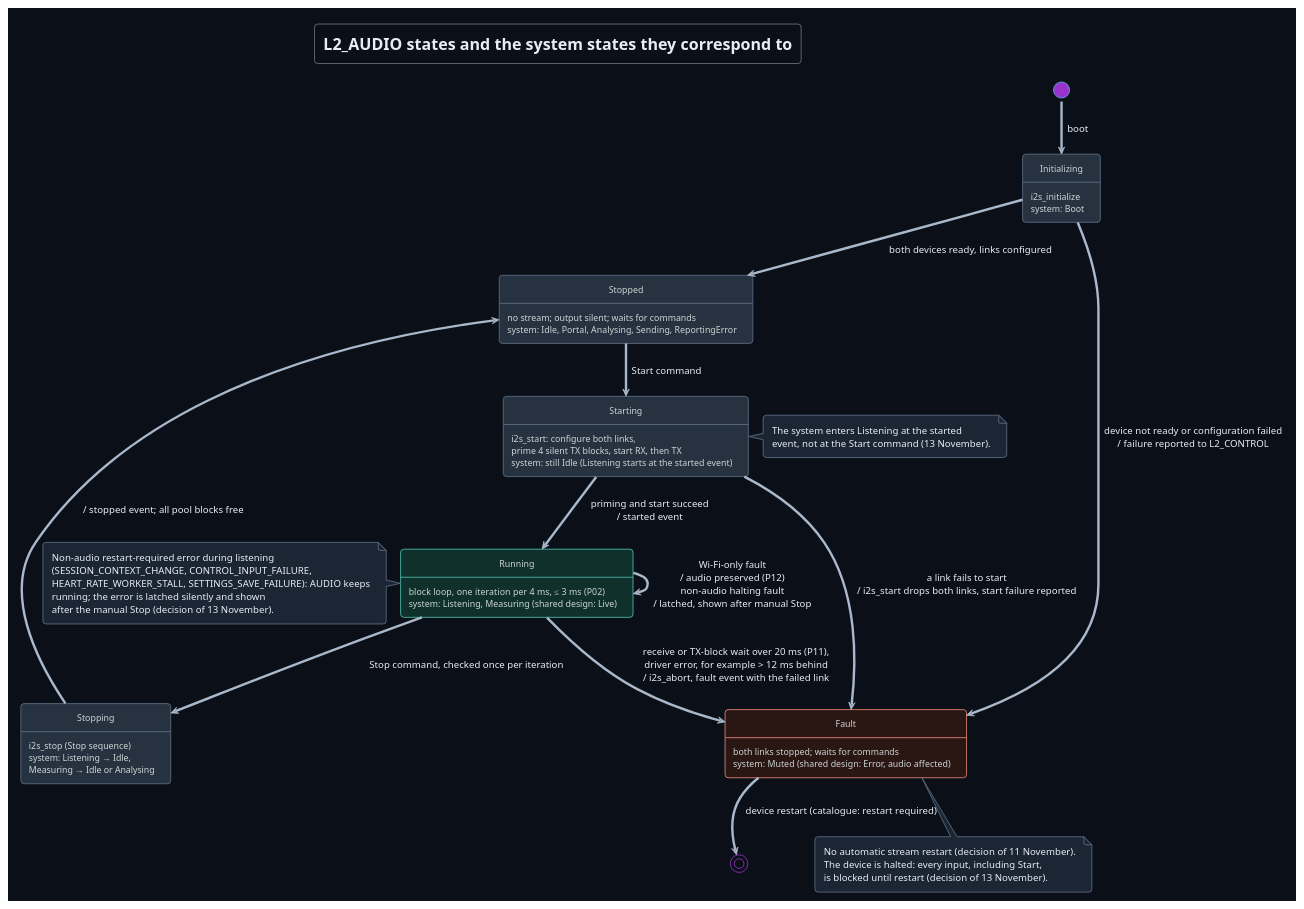
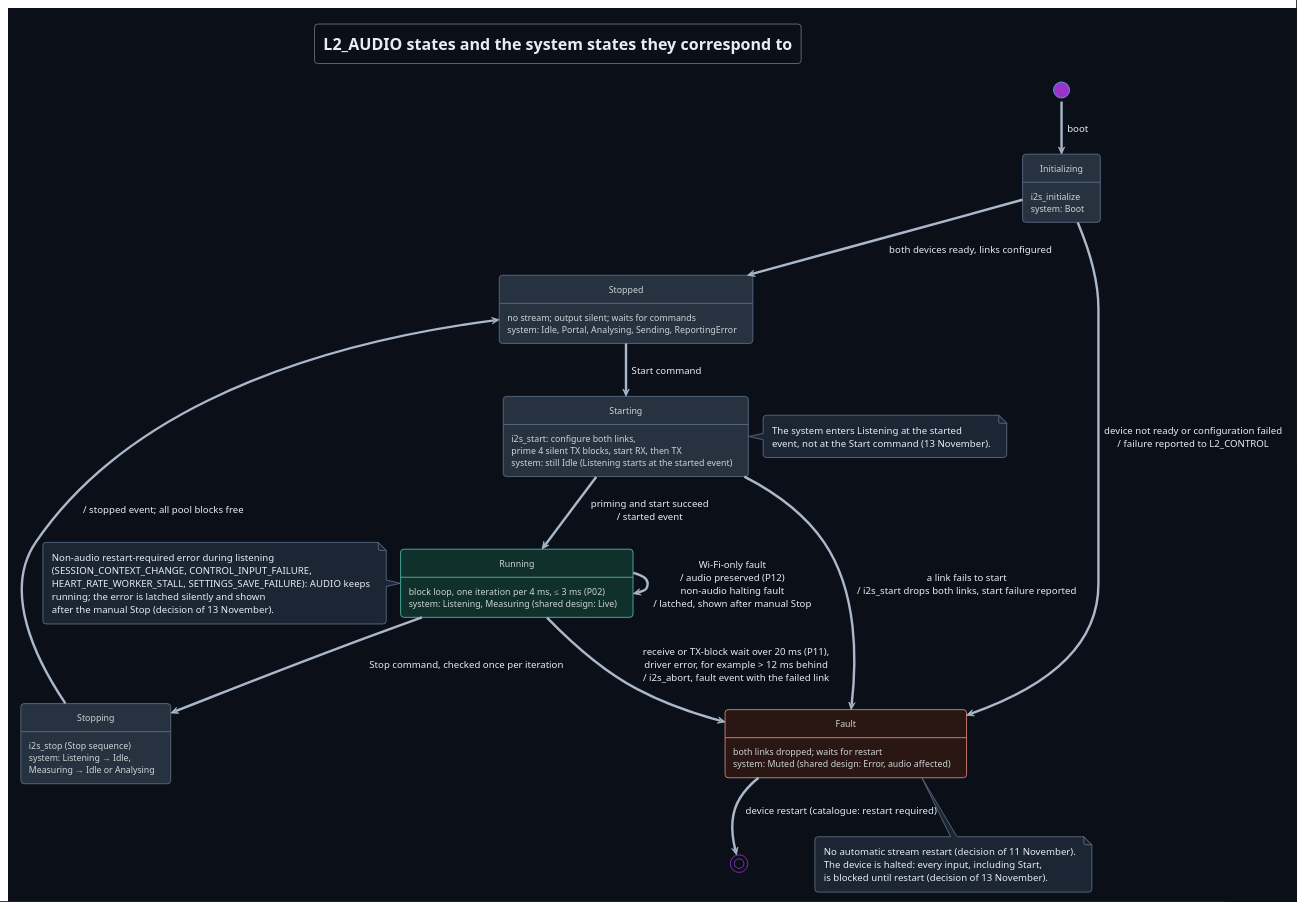
One commit to DemonicPsychoII/DigitalStethoscope changed the diagram in Development/system/design/AUDIO/audio-state.puml. Above: the diagram before and after it, drawn with PlantUML. The commit also changed 8 other files, not shown here.

First line of the commit message:
TICKET-185: documentation: align the soak budget and session view with the audio decisions and let a faulted audio thread wait for restart

```diff
--- a/Development/system/design/AUDIO/audio-state.puml
+++ b/Development/system/design/AUDIO/audio-state.puml
@@ -1,62 +1,62 @@
 @startuml audio_state
 !theme cyborg
 !pragma layout smetana
 skinparam shadowing false
 skinparam defaultFontName SansSerif
 skinparam backgroundColor #0b1018
 skinparam defaultFontColor #e6edf7
 skinparam ArrowColor #a9b8ca
 skinparam ArrowFontColor #e6edf7
 skinparam state {
  BackgroundColor #273241
  BorderColor #61738a
  FontColor #e6edf7
  AttributeFontColor #cdd5d5
  BackgroundColor<<running>> #10302b
  BorderColor<<running>> #52c7b4
  BackgroundColor<<fault>> #2a1714
  BorderColor<<fault>> #f08a7c
  BackgroundColor<<unclear>> #3a3320
  BorderColor<<unclear>> #dcbb63
 }
 skinparam note {
  BackgroundColor #1b2533
  BorderColor #61738a
  FontColor #e6edf7
 }
 title L2_AUDIO states and the system states they correspond to
 hide empty description
 state "Initializing" as Initializing : i2s_initialize\nsystem: Boot
 state "Stopped" as Stopped : no stream; output silent; waits for commands\nsystem: Idle, Portal, Analysing, Sending, ReportingError
 state "Starting" as Starting : i2s_start: configure both links,\nprime 4 silent TX blocks, start RX, then TX\nsystem: still Idle (Listening starts at the started event)
 state "Running" as Running <<running>> : block loop, one iteration per 4 ms, ≤ 3 ms (P02)\nsystem: Listening, Measuring (shared design: Live)
 state "Stopping" as Stopping : i2s_stop (Stop sequence)\nsystem: Listening → Idle,\nMeasuring → Idle or Analysing
-state "Fault" as Fault <<fault>> : both links stopped; waits for commands\nsystem: Muted (shared design: Error, audio affected)
+state "Fault" as Fault <<fault>> : both links dropped; waits for restart\nsystem: Muted (shared design: Error, audio affected)
 [*] --> Initializing : boot
 Initializing --> Stopped : both devices ready, links configured
 Initializing --> Fault : device not ready or configuration failed\n/ failure reported to L2_CONTROL
 Stopped --> Starting : Start command
 Starting --> Running : priming and start succeed\n/ started event
 Starting --> Fault : a link fails to start\n/ i2s_start drops both links, start failure reported
 Running --> Stopping : Stop command, checked once per iteration
 Stopping --> Stopped : / stopped event; all pool blocks free
 Running --> Fault : receive or TX-block wait over 20 ms (P11),\ndriver error, for example > 12 ms behind\n/ i2s_abort, fault event with the failed link
 Running --> Running : Wi-Fi-only fault\n/ audio preserved (P12)\nnon-audio halting fault\n/ latched, shown after manual Stop
 Fault --> [*] : device restart (catalogue: restart required)
 note bottom of Fault
   No automatic stream restart (decision of 11 November).
   The device is halted: every input, including Start,
   is blocked until restart (decision of 13 November).
 end note
 note left of Running
   Non-audio restart-required error during listening
   (SESSION_CONTEXT_CHANGE, CONTROL_INPUT_FAILURE,
   HEART_RATE_WORKER_STALL, SETTINGS_SAVE_FAILURE): AUDIO keeps
   running; the error is latched silently and shown
   after the manual Stop (decision of 13 November).
 end note
 note right of Starting
   The system enters Listening at the started
   event, not at the Start command (13 November).
 end note
 @enduml
```
